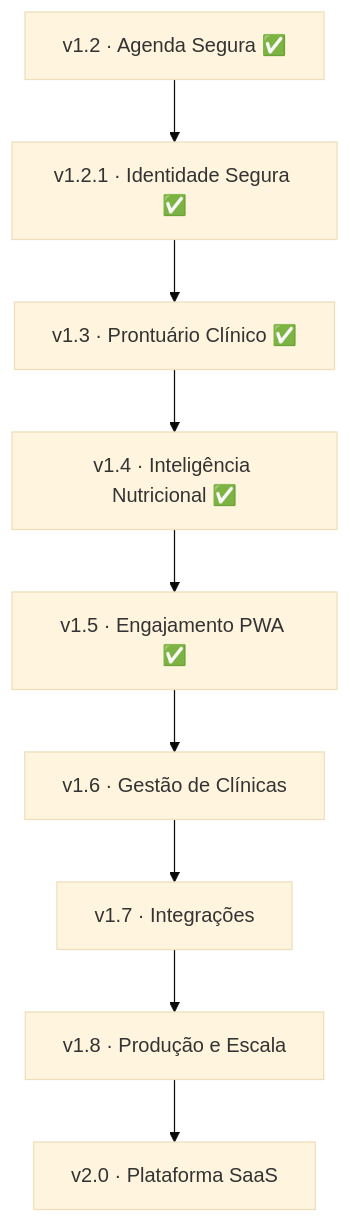
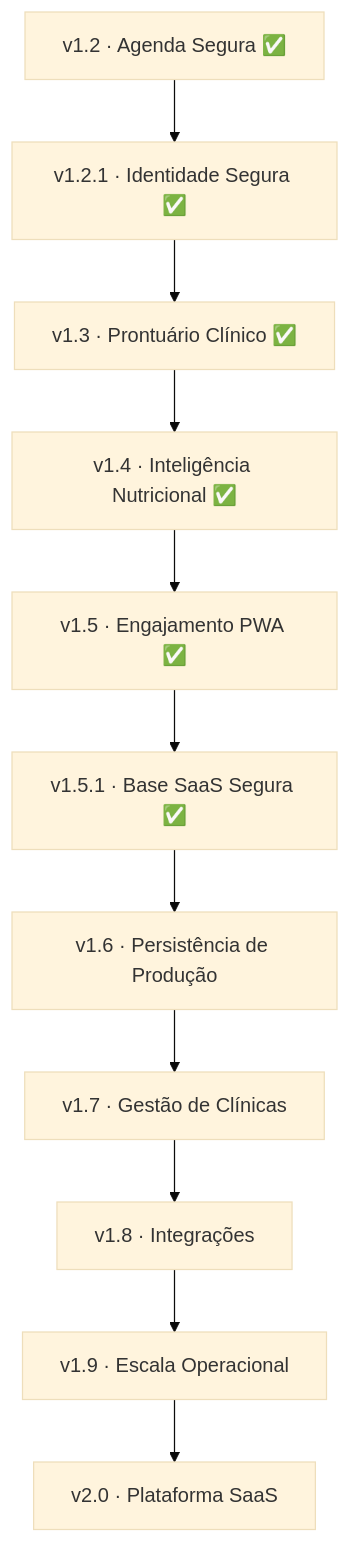
Before and after one commit to ricardogomesbarreto/Nexus-Nutra: the diagram in ROADMAP.md, drawn with Mermaid (base theme). The commit also changed other lines of this file and 24 other files, not shown here.

```diff
--- a/ROADMAP.md
+++ b/ROADMAP.md
@@ -52,11 +54,13 @@
 ~~~mermaid
 flowchart TD
     A["v1.2 · Agenda Segura ✅"] --> S["v1.2.1 · Identidade Segura ✅"]
     S --> B["v1.3 · Prontuário Clínico ✅"]
     B --> C["v1.4 · Inteligência Nutricional ✅"]
     C --> D["v1.5 · Engajamento PWA ✅"]
-    D --> E["v1.6 · Gestão de Clínicas"]
-    E --> F["v1.7 · Integrações"]
-    F --> G["v1.8 · Produção e Escala"]
-    G --> H["v2.0 · Plataforma SaaS"]
+    D --> P["v1.5.1 · Base SaaS Segura ✅"]
+    P --> E["v1.6 · Persistência de Produção"]
+    E --> F["v1.7 · Gestão de Clínicas"]
+    F --> G["v1.8 · Integrações"]
+    G --> I["v1.9 · Escala Operacional"]
+    I --> H["v2.0 · Plataforma SaaS"]
 ~~~
```
